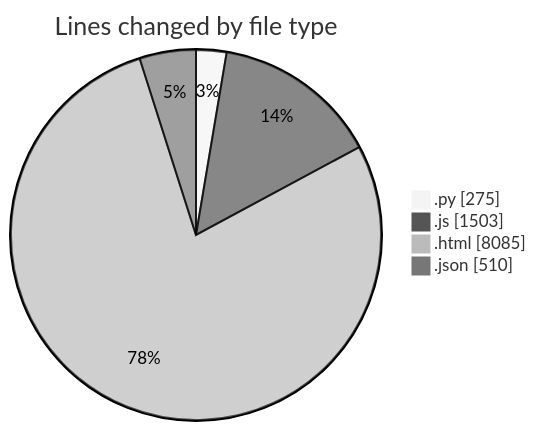
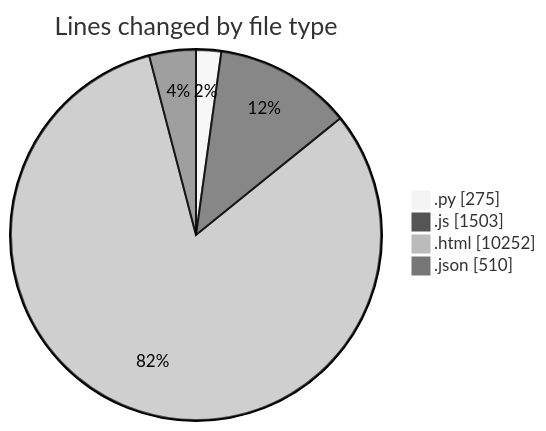
One commit to shibass792/code-tracking changed the first of 2 diagrams in 2026-07-09/twenty_versions_aminor/README.md. Above: the diagram before and after it, drawn with Mermaid (neutral theme). The commit also changed other lines of this file and 1 other file, not shown here.

````diff
--- a/2026-07-09/twenty_versions_aminor/README.md
+++ b/2026-07-09/twenty_versions_aminor/README.md
@@ -37,8 +38,8 @@
 ```mermaid
 pie showData
 title Lines changed by file type
 ".py" : 275
 ".js" : 1503
-".html" : 8085
+".html" : 10252
 ".json" : 510
 ```
````
